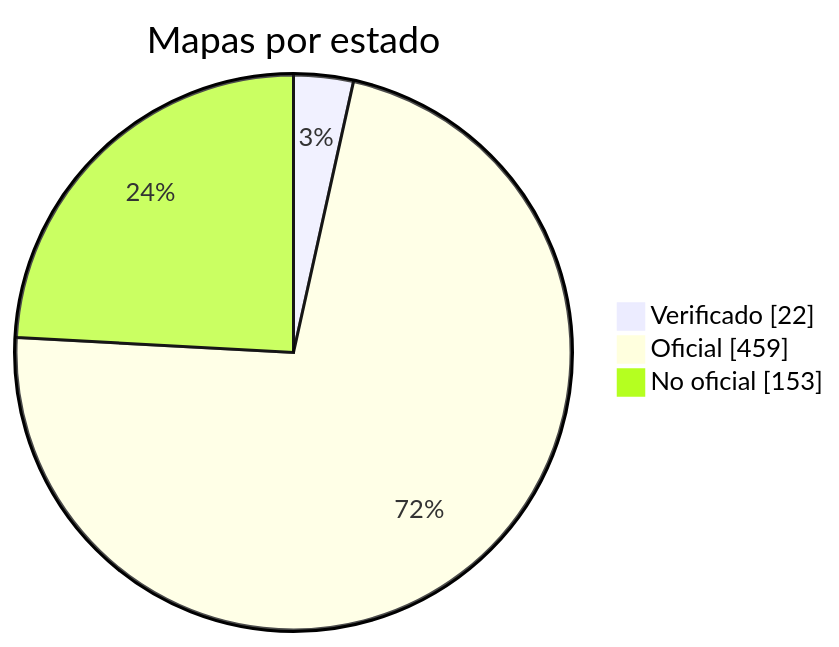
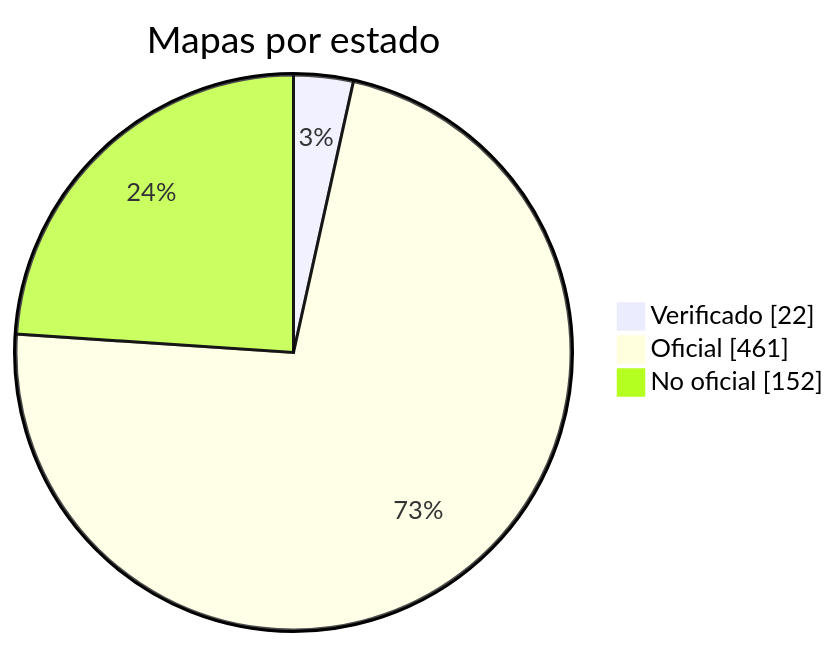
The diagram in docs/readme/README_ES.md (nobrega8/mbmap-library), drawn with Mermaid before and after one commit. The commit also changed 6 other files, not shown here.

````diff
--- a/docs/readme/README_ES.md
+++ b/docs/readme/README_ES.md
@@ -54,7 +54,7 @@
 ```mermaid
 pie showData
     title Mapas por estado
     "Verificado" : 22
-    "Oficial" : 459
-    "No oficial" : 153
+    "Oficial" : 461
+    "No oficial" : 152
 ```
````
